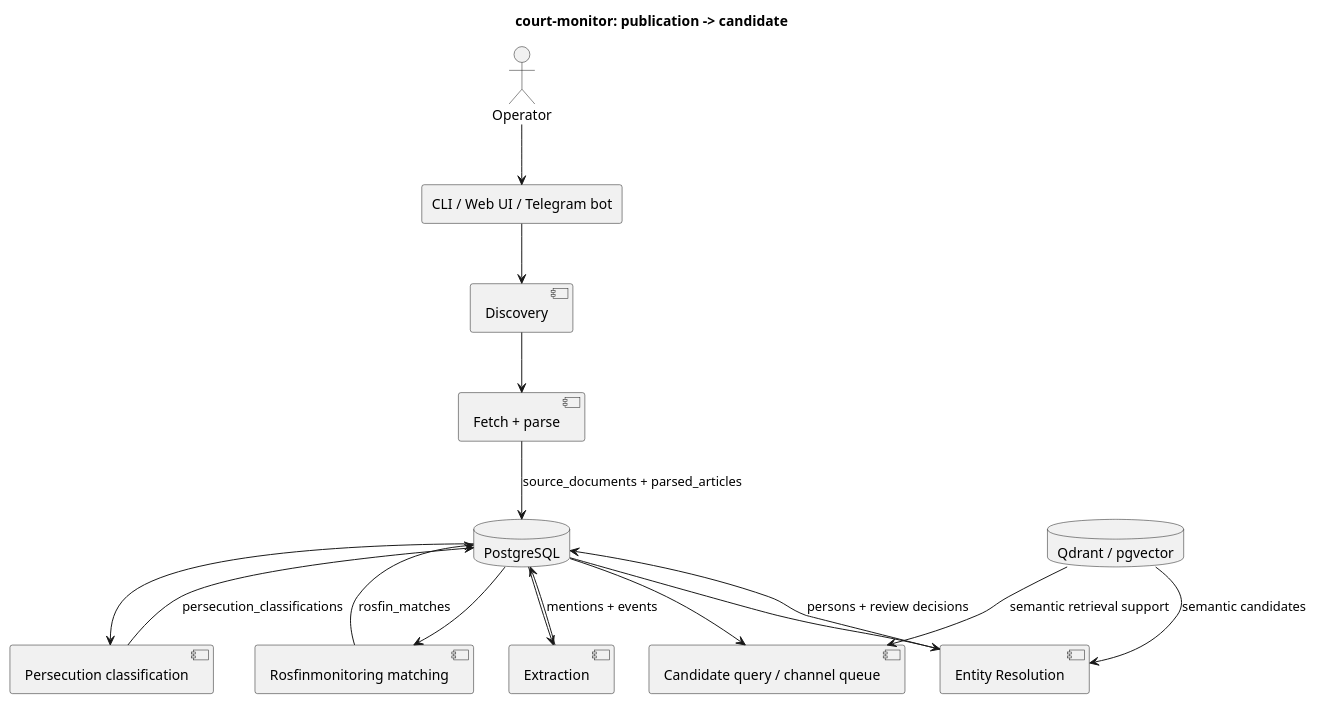
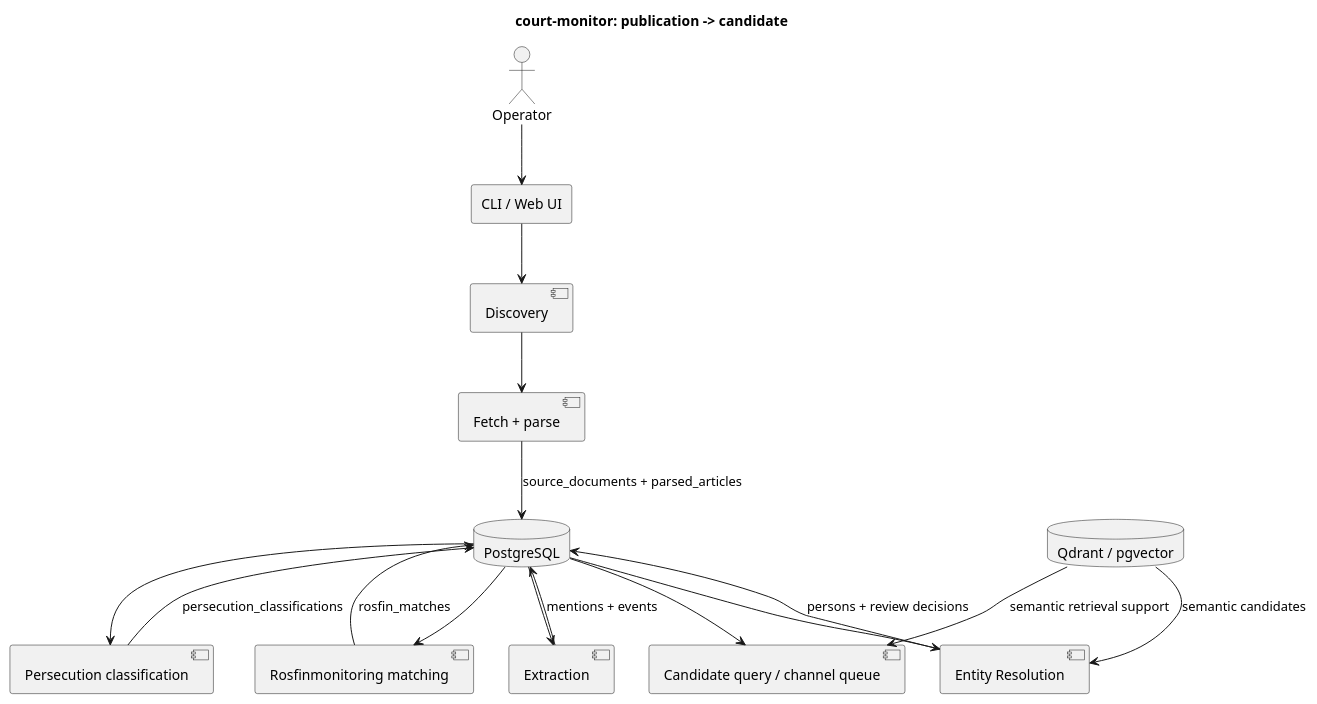
One commit to megannnn98/court-monitor changed the diagram in docs/wiki/Overview.md. Above: the diagram before and after it, drawn with PlantUML. The commit also changed 29 other files, not shown here.

First line of the commit message:
chore: remove the Telegram bot

````diff
--- a/docs/wiki/Overview.md
+++ b/docs/wiki/Overview.md
@@ -37,33 +37,33 @@
 ```plantuml
 @startuml
 title court-monitor: publication -> candidate
 
 actor Operator
-rectangle "CLI / Web UI / Telegram bot" as Entry
+rectangle "CLI / Web UI" as Entry
 component "Discovery" as Discovery
 component "Fetch + parse" as Parse
 component "Extraction" as Extraction
 component "Entity Resolution" as ER
 component "Persecution classification" as Persecution
 component "Rosfinmonitoring matching" as RF
 component "Candidate query / channel queue" as Candidates
 database "PostgreSQL" as DB
 database "Qdrant / pgvector" as Vectors
 
 Operator --> Entry
 Entry --> Discovery
 Discovery --> Parse
 Parse --> DB : source_documents + parsed_articles
 DB --> Extraction
 Extraction --> DB : mentions + events
 DB --> ER
 ER --> DB : persons + review decisions
 DB --> Persecution
 Persecution --> DB : persecution_classifications
 DB --> RF
 RF --> DB : rosfin_matches
 DB --> Candidates
 Vectors --> ER : semantic candidates
 Vectors --> Candidates : semantic retrieval support
 @enduml
 ```
````
